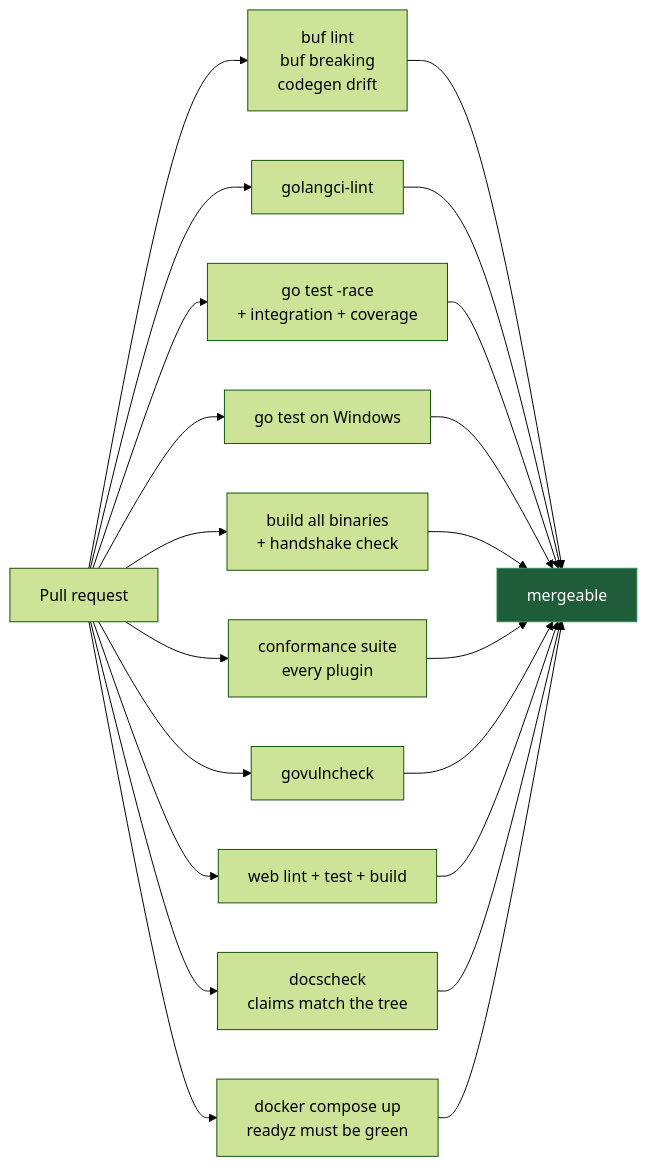
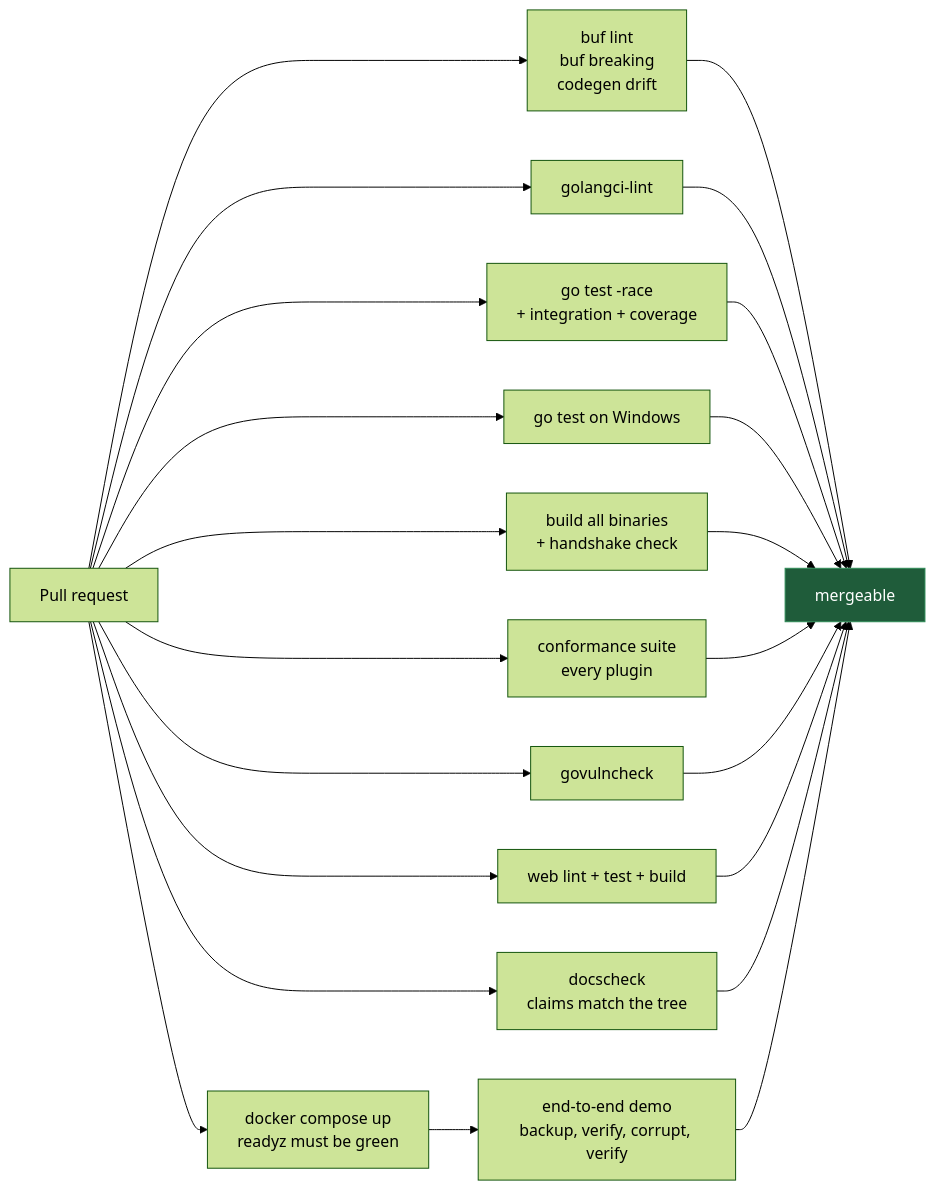
One commit to danmorcov88/Fleetward changed the second of 2 diagrams in README.md. Above: the diagram before and after it, drawn with Mermaid (forest theme). The commit also changed other lines of this file and 29 other files, not shown here.

````diff
--- a/README.md
+++ b/README.md
@@ -538,16 +556,17 @@
 ```mermaid
 flowchart LR
     PR["Pull request"] --> P["buf lint<br/>buf breaking<br/>codegen drift"]
     PR --> L["golangci-lint"]
     PR --> T["go test -race<br/>+ integration + coverage"]
     PR --> TW["go test on Windows"]
     PR --> B["build all binaries<br/>+ handshake check"]
     PR --> C["conformance suite<br/>every plugin"]
     PR --> V["govulncheck"]
     PR --> W["web lint + test + build"]
     PR --> DC["docscheck<br/>claims match the tree"]
     PR --> D["docker compose up<br/>readyz must be green"]
-    P & L & T & TW & B & C & V & W & DC & D --> M["mergeable"]
+    D --> E["end-to-end demo<br/>backup, verify, corrupt, verify"]
+    P & L & T & TW & B & C & V & W & DC & E --> M["mergeable"]
 
     style M fill:#1f5c3a,stroke:#2e8b57,color:#fff
 ```
````
